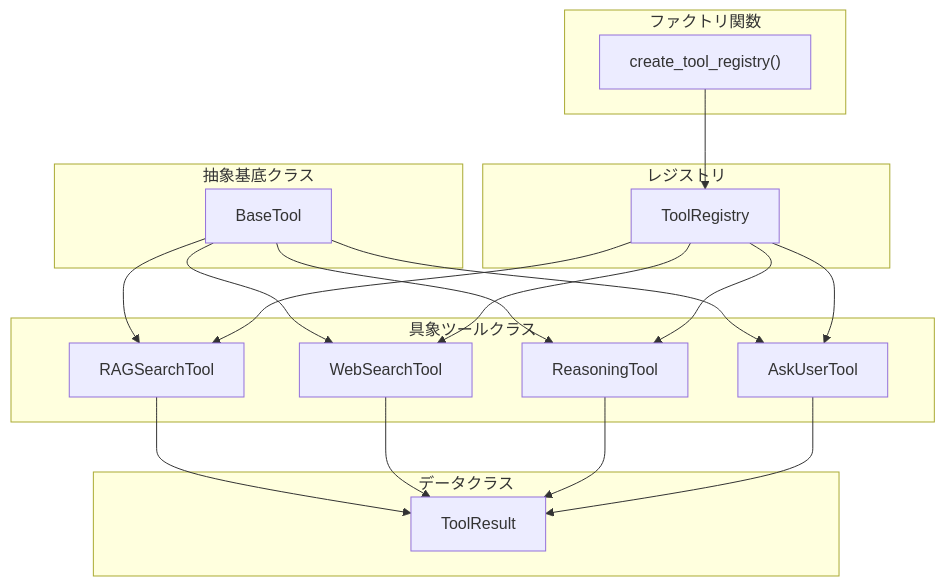
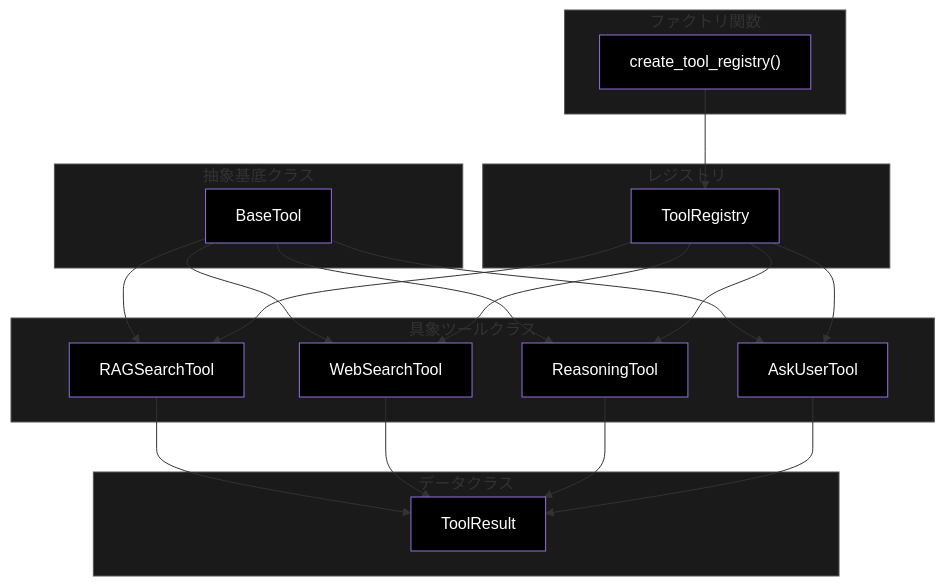
One commit to nakashima2toshio/anthropic_grace_agent changed the second of 4 diagrams in grace/doc/tools.md. Above: the diagram before and after it, drawn with Mermaid. The commit also changed other lines of this file and 18 other files, not shown here.

````diff
--- a/grace/doc/tools.md
+++ b/grace/doc/tools.md
@@ -167,39 +191,53 @@
 ```mermaid
 flowchart TB
     subgraph DATACLASS["データクラス"]
         TR[ToolResult]
     end
 
     subgraph ABSTRACT["抽象基底クラス"]
         BT[BaseTool]
     end
 
     subgraph TOOLS["具象ツールクラス"]
         RAG_CLS["RAGSearchTool"]
         WEB_CLS["WebSearchTool"]
         REASON_CLS["ReasoningTool"]
         ASK_CLS["AskUserTool"]
     end
 
     subgraph REGISTRY_GRP["レジストリ"]
         REG["ToolRegistry"]
     end
 
     subgraph FACTORY["ファクトリ関数"]
         CREATE["create_tool_registry()"]
     end
 
     BT --> RAG_CLS
     BT --> WEB_CLS
     BT --> REASON_CLS
     BT --> ASK_CLS
     CREATE --> REG
     REG --> RAG_CLS
     REG --> WEB_CLS
     REG --> REASON_CLS
     REG --> ASK_CLS
     RAG_CLS --> TR
     WEB_CLS --> TR
     REASON_CLS --> TR
     ASK_CLS --> TR
+
+    style TR fill:#000,color:#fff
+    style BT fill:#000,color:#fff
+    style RAG_CLS fill:#000,color:#fff
+    style WEB_CLS fill:#000,color:#fff
+    style REASON_CLS fill:#000,color:#fff
+    style ASK_CLS fill:#000,color:#fff
+    style REG fill:#000,color:#fff
+    style CREATE fill:#000,color:#fff
+    style DATACLASS fill:#1a1a1a,stroke:#555
+    style ABSTRACT fill:#1a1a1a,stroke:#555
+    style TOOLS fill:#1a1a1a,stroke:#555
+    style REGISTRY_GRP fill:#1a1a1a,stroke:#555
+    style FACTORY fill:#1a1a1a,stroke:#555
 ```
````
